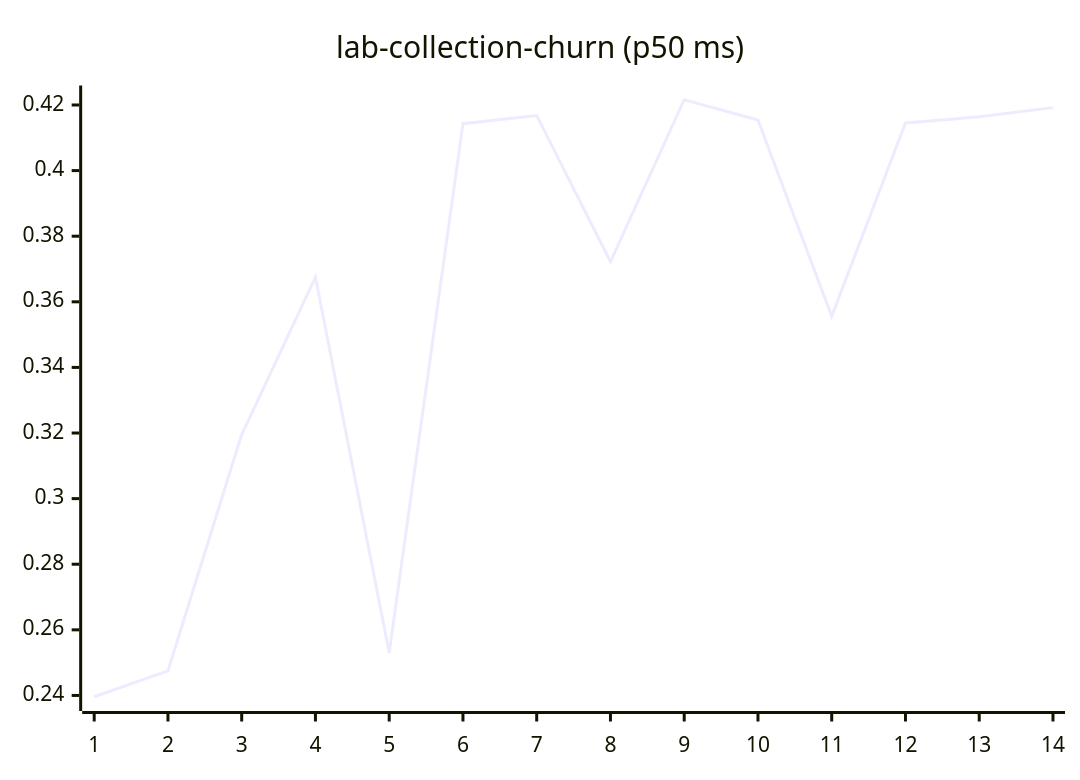
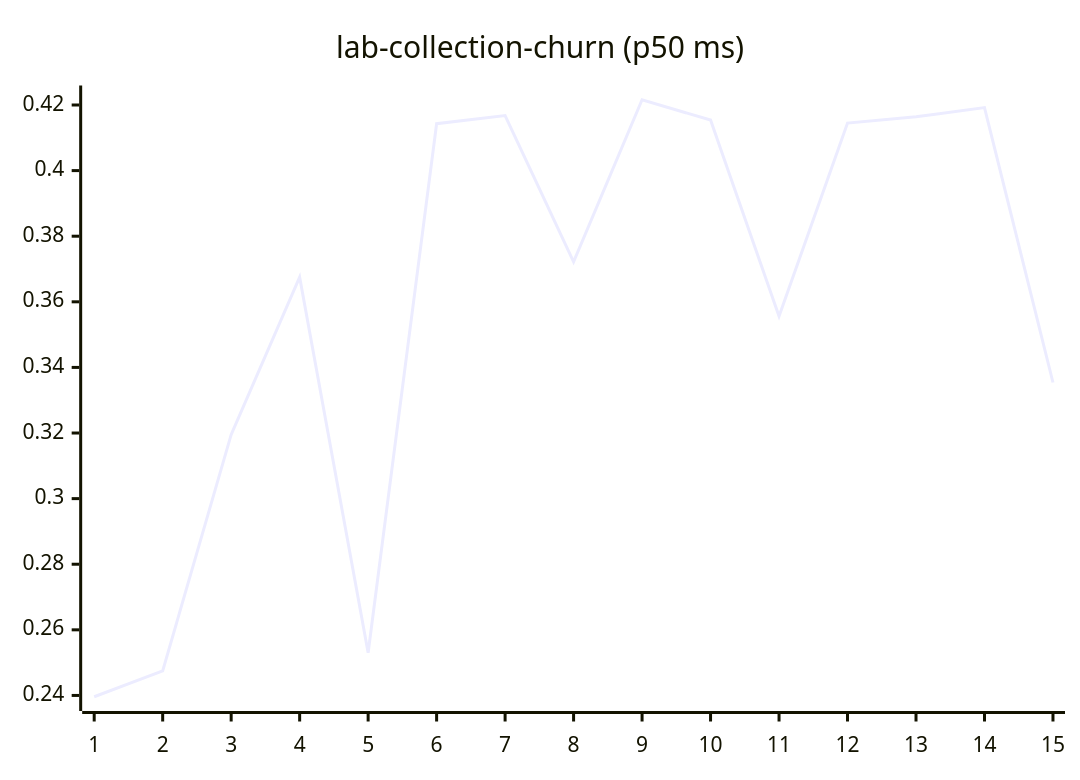
One commit to josha/Facet changed diagram 11 of 27 in README.md. Above: the diagram before and after it, drawn with Mermaid. The commit also changed other lines of this file and 2 other files, not shown here.

````diff
--- a/README.md
+++ b/README.md
@@ -133,6 +133,6 @@
 ```mermaid
 xychart-beta
     title "lab-collection-churn (p50 ms)"
-    x-axis 1 --> 14
-    line [0.2396, 0.2475, 0.3195, 0.3675, 0.2530, 0.4143, 0.4168, 0.3722, 0.4216, 0.4154, 0.3556, 0.4145, 0.4164, 0.4192]
+    x-axis 1 --> 15
+    line [0.2396, 0.2475, 0.3195, 0.3675, 0.2530, 0.4143, 0.4168, 0.3722, 0.4216, 0.4154, 0.3556, 0.4145, 0.4164, 0.4192, 0.3354]
 ```
````
